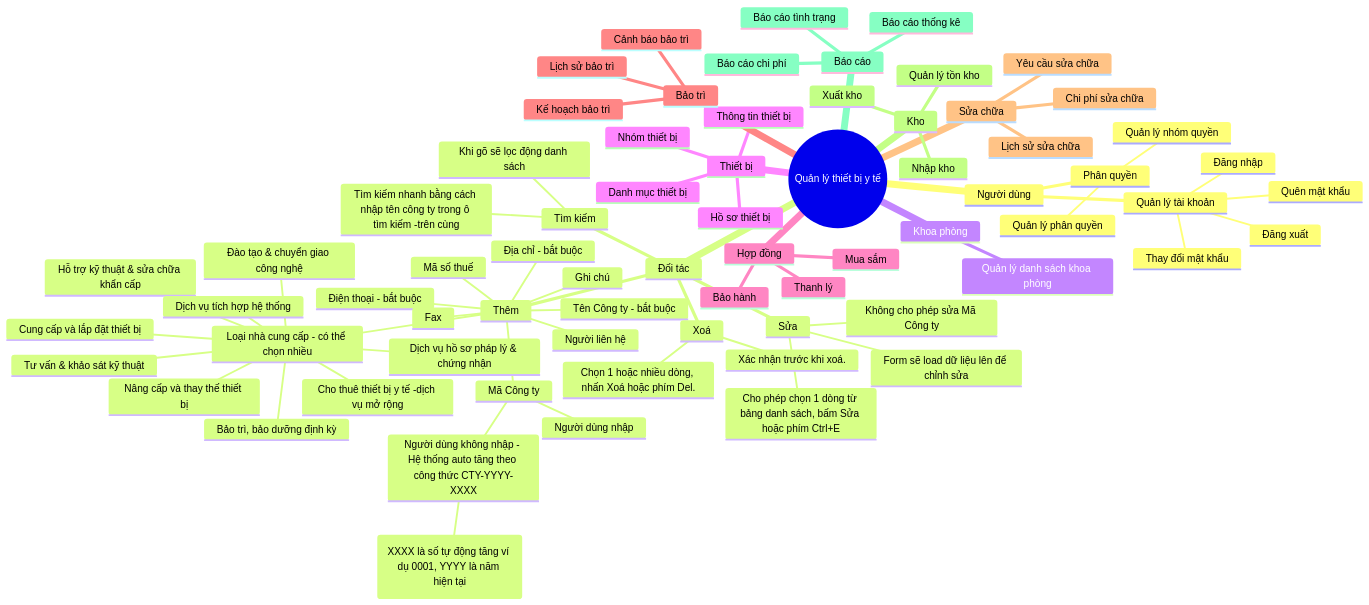
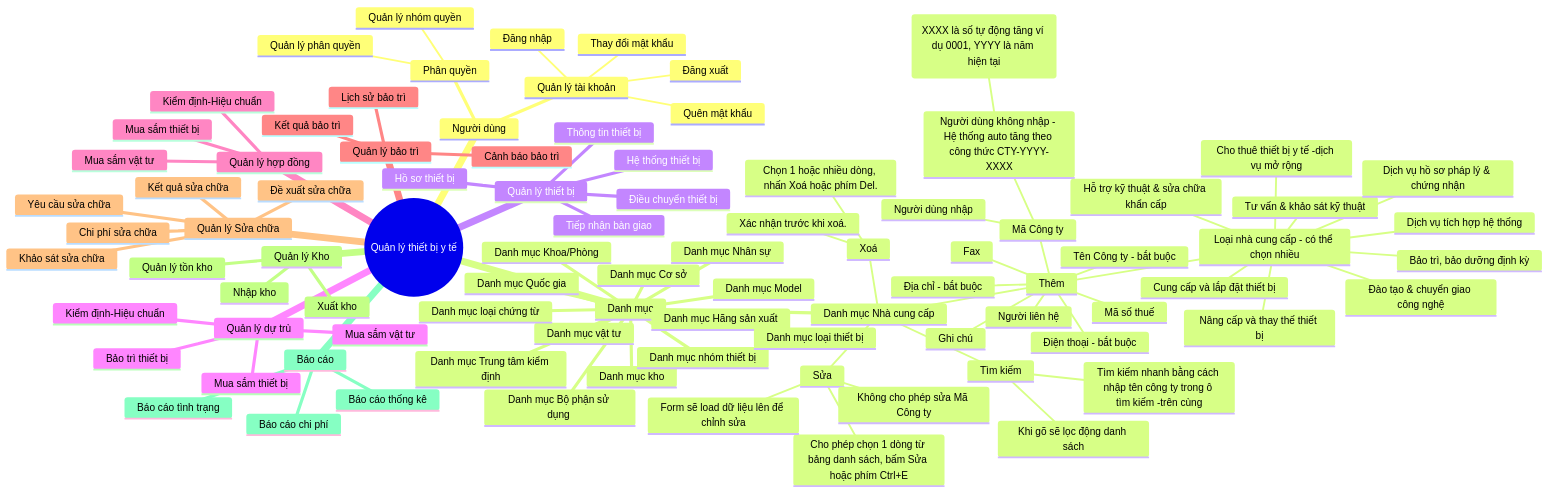
The diagram in mindmap.md (nthanhdo/mems-brainstorm), drawn with Mermaid before and after one commit. The commit also changed other lines of this file, not shown here.

```diff
--- a/mindmap.md
+++ b/mindmap.md
@@ -7,11 +7,21 @@
          Đăng xuất
          Thay đổi mật khẩu
          Quên mật khẩu
+         
       Phân quyền
          Quản lý nhóm quyền
          Quản lý phân quyền
 
-    Đối tác
+    Danh mục
+      Danh mục Cơ sở
+      Danh mục Khoa/Phòng
+      Danh mục Bộ phận sử dụng 
+      Danh mục Nhân sự
+      Danh mục Quốc gia
+      Danh mục Hãng sản xuất
+      Danh mục Model
+      Danh mục kho
+      Danh mục Nhà cung cấp
         Thêm
           Mã Công ty 
                Người dùng nhập 
@@ -44,32 +54,47 @@
         Xoá
          Chọn 1 hoặc nhiều dòng, nhấn Xoá hoặc phím Del.
          Xác nhận trước khi xoá.
+      Danh mục Trung tâm kiểm định
+      Danh mục nhóm thiết bị
+      Danh mục loại thiết bị
+      Danh mục vật tư
+      Danh mục loại chứng từ
 
-    Khoa phòng
-      Quản lý danh sách khoa phòng
-      
-    Thiết bị
-      Nhóm thiết bị
-      Danh mục thiết bị
+    Quản lý thiết bị
       Thông tin thiết bị
       Hồ sơ thiết bị
+      Hệ thống thiết bị
+      Tiếp nhận bàn giao
+      Điều chuyển thiết bị
 
-    Hợp đồng
-      Mua sắm
-      Bảo hành
-      Thanh lý
-    Bảo trì
-      Kế hoạch bảo trì
+    Quản lý dự trù
+      Mua sắm thiết bị
+      Mua sắm vật tư
+      Bảo trì thiết bị
+      Kiểm định-Hiệu chuẩn
+
+    Quản lý hợp đồng
+      Mua sắm thiết bị
+      Mua sắm vật tư
+      Kiểm định-Hiệu chuẩn
+      
+    Quản lý bảo trì
+      Kết quả bảo trì
       Lịch sử bảo trì
       Cảnh báo bảo trì
-    Sửa chữa
+
+    Quản lý Sửa chữa
       Yêu cầu sửa chữa
-      Lịch sử sửa chữa
+      Khảo sát sửa chữa
+      Đề xuất sửa chữa
+      Kết quả sửa chữa
       Chi phí sửa chữa
-    Kho
+
+    Quản lý Kho
       Quản lý tồn kho
       Nhập kho
       Xuất kho
+
     Báo cáo
       Báo cáo thống kê
       Báo cáo tình trạng
```
